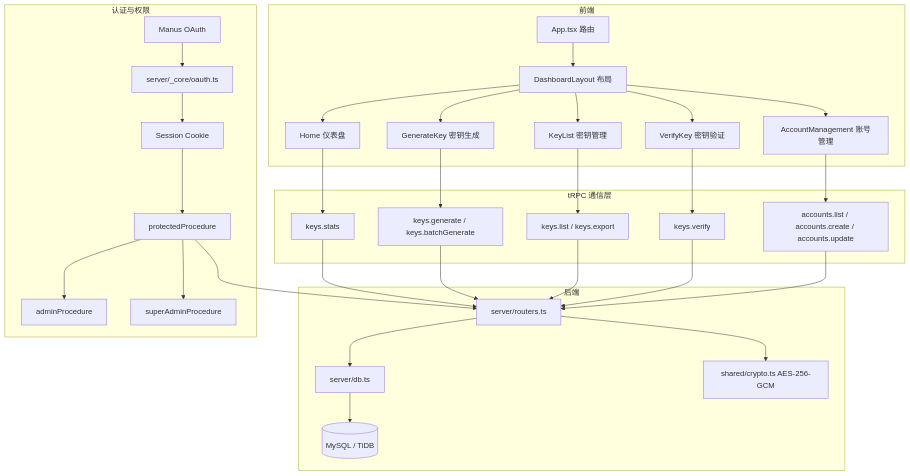
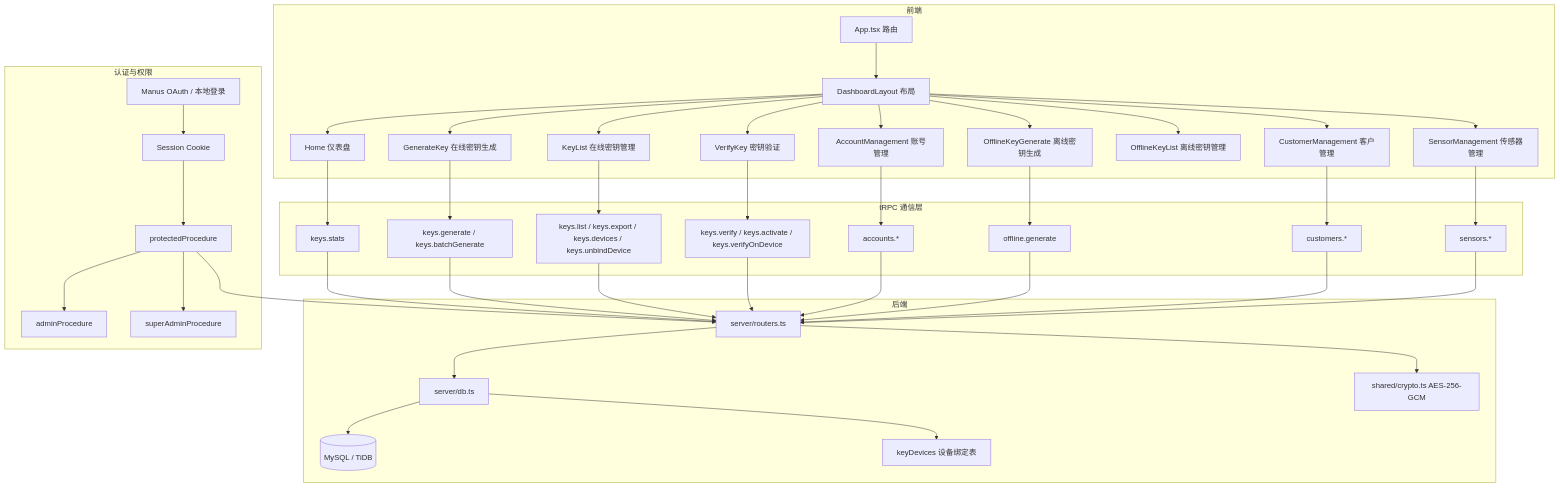
One commit to liudada118/key changed the diagram in ARCHITECTURE.md. Above: the diagram before and after it, drawn with Mermaid. The commit also changed other lines of this file and 42 other files, not shown here.

````diff
--- a/ARCHITECTURE.md
+++ b/ARCHITECTURE.md
@@ -91,39 +96,49 @@
 ```mermaid
 graph TD
     subgraph 前端
         A[App.tsx 路由] --> B[DashboardLayout 布局]
         B --> C[Home 仪表盘]
-        B --> D[GenerateKey 密钥生成]
-        B --> E[KeyList 密钥管理]
+        B --> D[GenerateKey 在线密钥生成]
+        B --> E[KeyList 在线密钥管理]
         B --> F[VerifyKey 密钥验证]
         B --> G[AccountManagement 账号管理]
+        B --> H1[OfflineKeyGenerate 离线密钥生成]
+        B --> H2[OfflineKeyList 离线密钥管理]
+        B --> I1[CustomerManagement 客户管理]
+        B --> I2[SensorManagement 传感器管理]
     end
 
     subgraph tRPC 通信层
-        C --> H[keys.stats]
-        D --> I[keys.generate / keys.batchGenerate]
-        E --> J[keys.list / keys.export]
-        F --> K[keys.verify]
-        G --> L[accounts.list / accounts.create / accounts.update]
+        C --> J1[keys.stats]
+        D --> J2[keys.generate / keys.batchGenerate]
+        E --> J3[keys.list / keys.export / keys.devices / keys.unbindDevice]
+        F --> J4[keys.verify / keys.activate / keys.verifyOnDevice]
+        G --> J5[accounts.*]
+        H1 --> J6[offline.generate]
+        I1 --> J7[customers.*]
+        I2 --> J8[sensors.*]
     end
 
     subgraph 后端
-        H --> M[server/routers.ts]
-        I --> M
-        J --> M
-        K --> M
-        L --> M
+        J1 --> M[server/routers.ts]
+        J2 --> M
+        J3 --> M
+        J4 --> M
+        J5 --> M
+        J6 --> M
+        J7 --> M
+        J8 --> M
         M --> N[server/db.ts]
         M --> O[shared/crypto.ts AES-256-GCM]
         N --> P[(MySQL / TiDB)]
+        N --> Q[keyDevices 设备绑定表]
     end
 
     subgraph 认证与权限
-        Q[Manus OAuth] --> R[server/_core/oauth.ts]
-        R --> S[Session Cookie]
+        R[Manus OAuth / 本地登录] --> S[Session Cookie]
         S --> T[protectedProcedure]
         T --> U[adminProcedure]
         T --> V[superAdminProcedure]
         T --> M
     end
 ```
````
